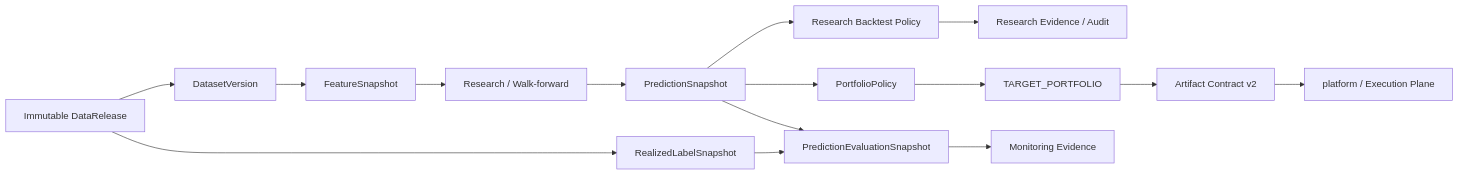
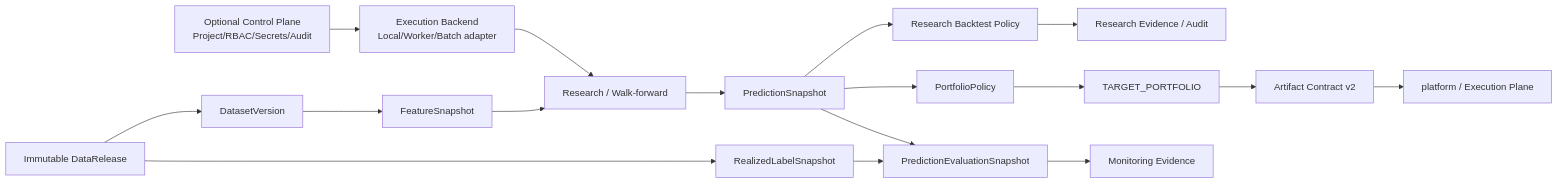
The diagram in docs/architecture.md (magic-alt/qlib-platform), drawn with Mermaid before and after one commit. The commit also changed other lines of this file, not shown here.

Commit message:
docs(control-plane): define control execution research boundaries

````diff
--- a/docs/architecture.md
+++ b/docs/architecture.md
@@ -18,18 +18,20 @@
 ```mermaid
 flowchart LR
+    CP[Optional Control Plane\nProject/RBAC/Secrets/Audit] --> EB[Execution Backend\nLocal/Worker/Batch adapter]
+    EB --> RR
     DR[Immutable DataRelease] --> DV[DatasetVersion]
     DV --> FS[FeatureSnapshot]
     FS --> RR[Research / Walk-forward]
     RR --> PS[PredictionSnapshot]
     PS --> BP[Research Backtest Policy]
     BP --> AUDIT[Research Evidence / Audit]
     PS --> PP[PortfolioPolicy]
     PP --> TP[TARGET_PORTFOLIO]
     TP --> AC[Artifact Contract v2]
     AC --> PX[platform / Execution Plane]
 
     DR --> RL[RealizedLabelSnapshot]
     PS --> PE[PredictionEvaluationSnapshot]
     RL --> PE
     PE --> MON[Monitoring Evidence]
 ```
````
